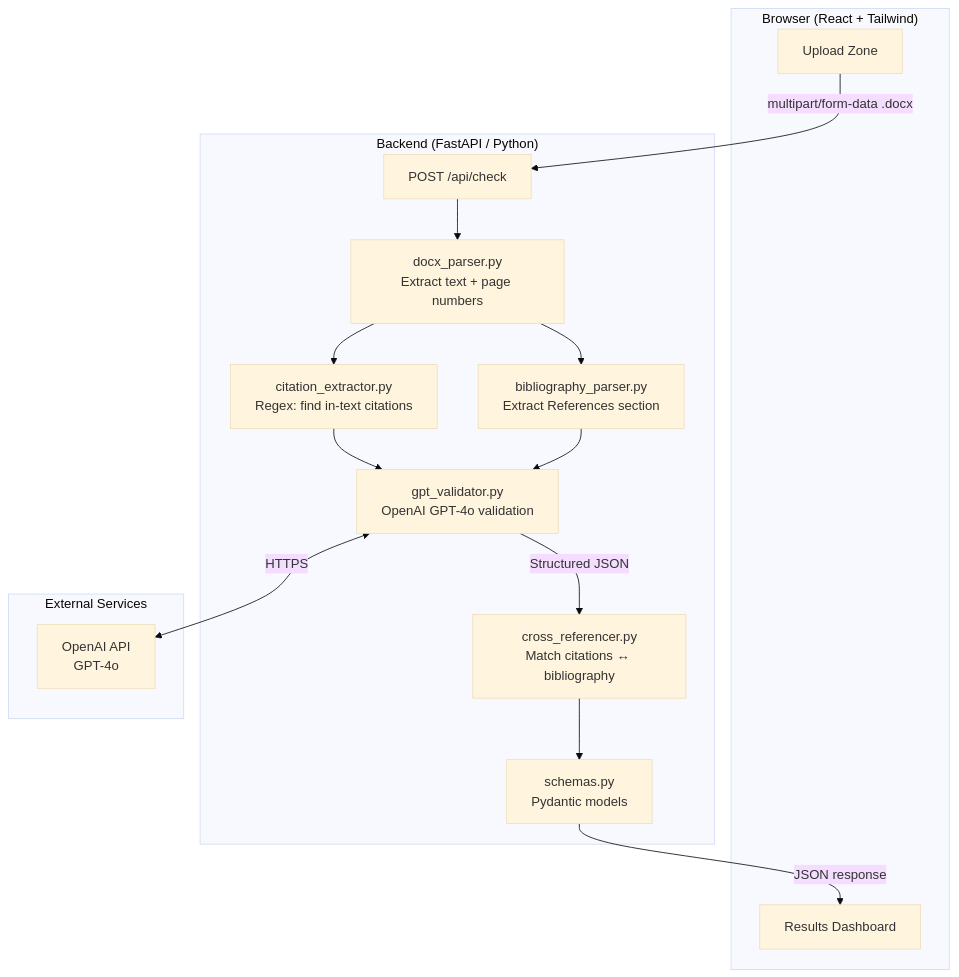
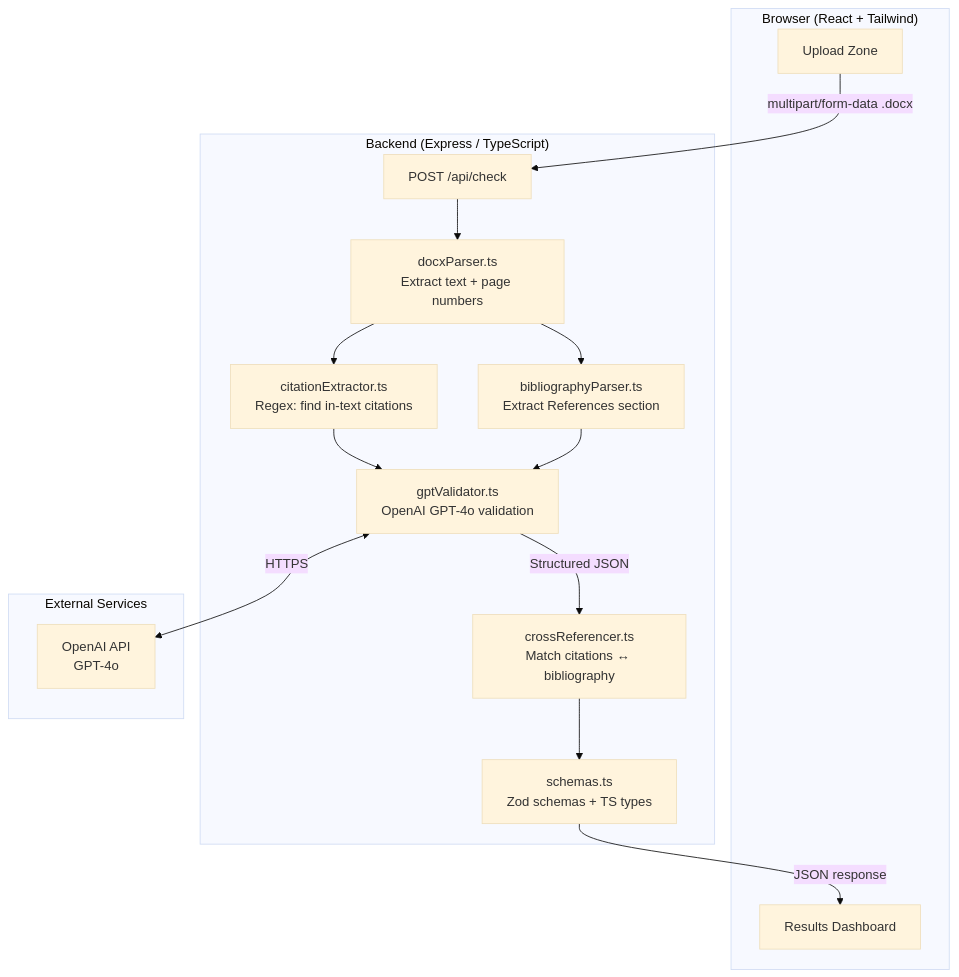
Before and after one commit to liftyourgame/apa7checker: the first of 7 diagrams in SYSTEM_ARCHITECTURE.md, drawn with Mermaid (base theme). The commit also changed other lines of this file and 2 other files, not shown here.

First line of the commit message:
Switch to TypeScript stack and enforce page numbers on all citations

````diff
--- a/SYSTEM_ARCHITECTURE.md
+++ b/SYSTEM_ARCHITECTURE.md
@@ -7,32 +7,32 @@
 ```mermaid
 graph TD
     subgraph Browser["Browser (React + Tailwind)"]
         UI[Upload Zone]
         Results[Results Dashboard]
     end
 
-    subgraph Backend["Backend (FastAPI / Python)"]
+    subgraph Backend["Backend (Express / TypeScript)"]
         Router[POST /api/check]
-        Parser[docx_parser.py\nExtract text + page numbers]
-        CitExt[citation_extractor.py\nRegex: find in-text citations]
-        BibParse[bibliography_parser.py\nExtract References section]
-        GPT[gpt_validator.py\nOpenAI GPT-4o validation]
-        CrossRef[cross_referencer.py\nMatch citations ↔ bibliography]
-        Schemas[schemas.py\nPydantic models]
+        Parser[docxParser.ts\nExtract text + page numbers]
+        CitExt[citationExtractor.ts\nRegex: find in-text citations]
+        BibParse[bibliographyParser.ts\nExtract References section]
+        GPT[gptValidator.ts\nOpenAI GPT-4o validation]
+        CrossRef[crossReferencer.ts\nMatch citations ↔ bibliography]
+        Schemas[schemas.ts\nZod schemas + TS types]
     end
 
     subgraph External["External Services"]
         OpenAI[OpenAI API\nGPT-4o]
     end
 
     UI -->|multipart/form-data .docx| Router
     Router --> Parser
     Parser --> CitExt
     Parser --> BibParse
     CitExt --> GPT
     BibParse --> GPT
     GPT -->|Structured JSON| CrossRef
     CrossRef --> Schemas
     Schemas -->|JSON response| Results
     GPT <-->|HTTPS| OpenAI
 ```
````
